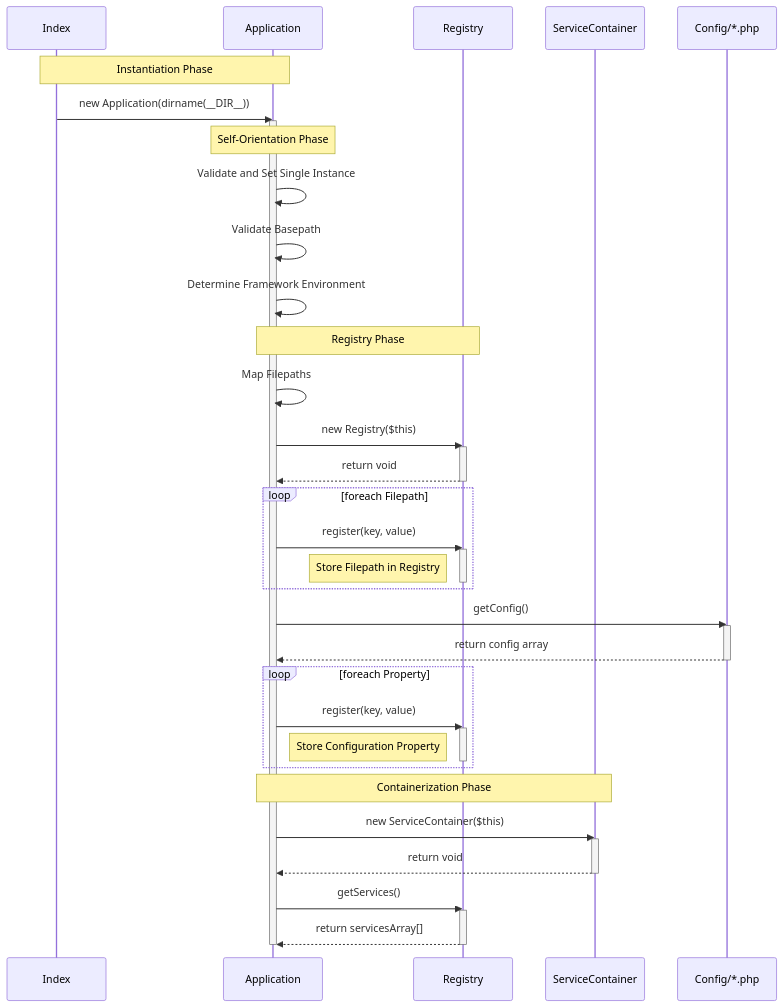
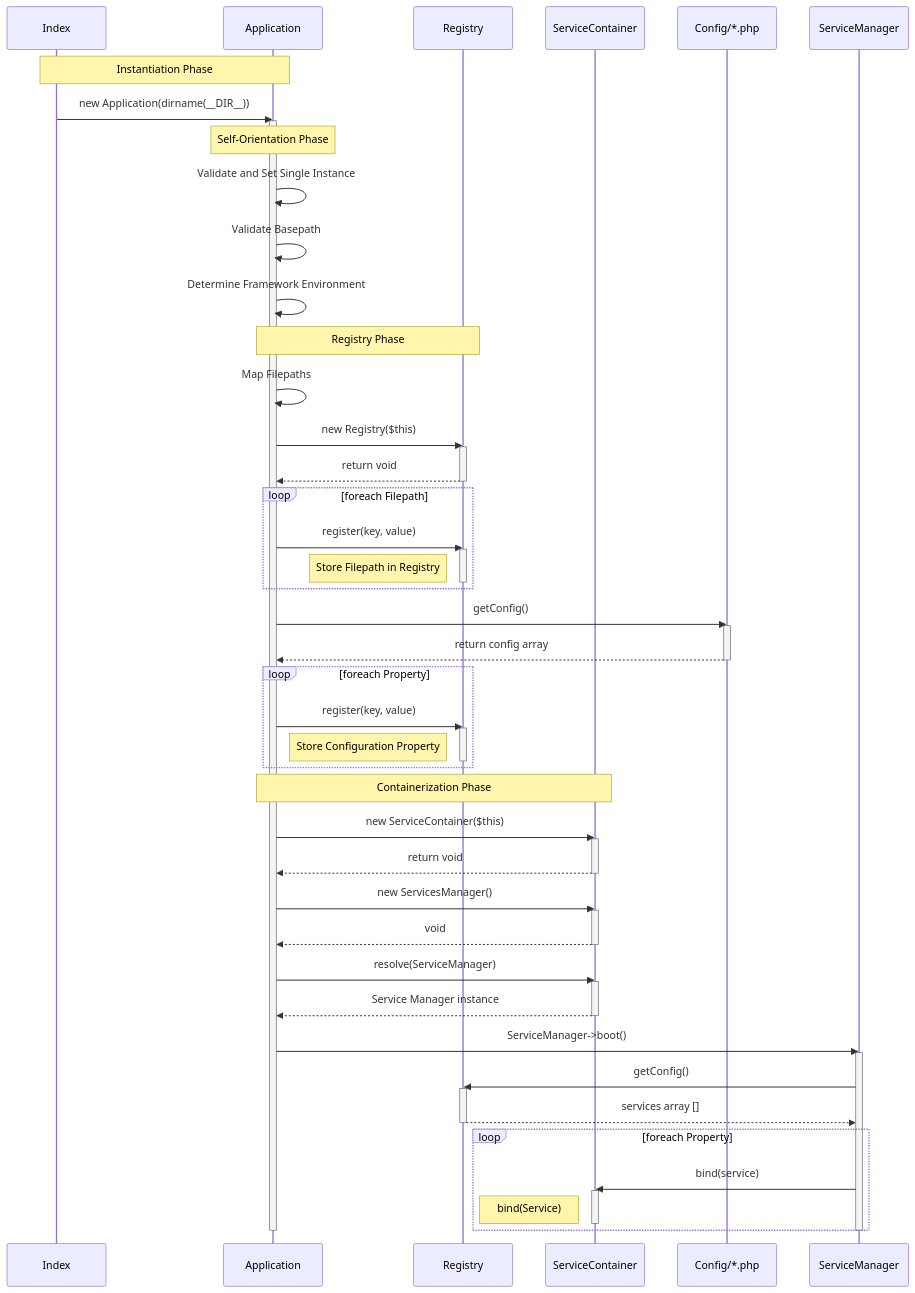
Before and after one commit to mnaatjes/sandbox-php: the fifth of 5 diagrams in docs/features/feature-application.md, drawn with Mermaid. The commit also changed other lines of this file and 18 other files, not shown here.

````diff
--- a/docs/features/feature-application.md
+++ b/docs/features/feature-application.md
@@ -408,6 +408,7 @@
     participant Reg as Registry
     participant Container as ServiceContainer
     participant Config as Config/*.php
+    participant Service as ServiceManager
     
 
     %% --- Phase 1: Instantiation ---
@@ -455,16 +456,38 @@
 
     %% Phase 3: Container Phase
     Note over App, Container: Containerization Phase
+    
+    %% Create Container
     App->>Container: new ServiceContainer($this)
     activate Container
     Container-->>App: return void
     deactivate Container
-    App->>Reg:getServices()
+
+    %% Bind ServicesManager
+    App->>Container: new ServicesManager()
+    activate Container
+    Container-->>App: void
+    deactivate Container
+
+    App->>Container: resolve(ServiceManager)
+    activate Container
+    Container-->>App: Service Manager instance
+    deactivate Container
+
+    App->>Service: ServiceManager->boot()
+    activate Service
+    Service->>Reg: getConfig()
     activate Reg
-    Reg-->>App:return servicesArray[]
+    Reg-->>Service: services array []
     deactivate Reg
-    
-    
+
+    loop foreach  Property 
+      Service->>Container: bind(service)
+      activate Container
+      Note left of Container: bind(Service)
+      deactivate Container
+    end
+    deactivate Service
     deactivate App
 
 ```
````
